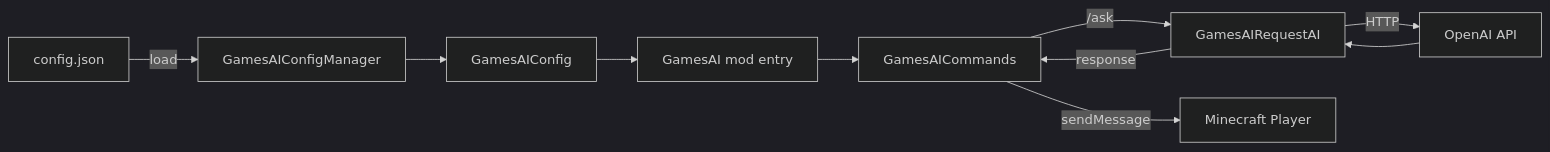
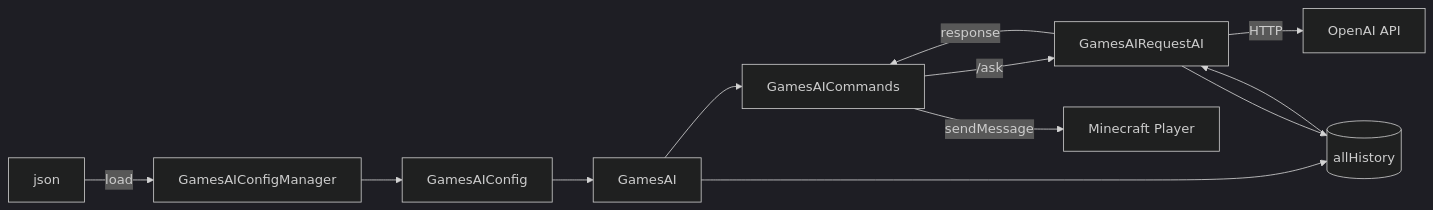
The diagram in README.md (PengZixuan30/GamesAI), drawn with Mermaid (dark theme) before and after one commit. The commit also changed other lines of this file and 8 other files, not shown here.

````diff
--- a/README.md
+++ b/README.md
@@ -129,12 +144,14 @@
 ```mermaid
 flowchart LR
-    Config[config.json] -->|load| Manager[GamesAIConfigManager]
-    Manager --> ConfigModel[GamesAIConfig]
-    ConfigModel --> Main[GamesAI mod entry]
-    Main --> Commands[GamesAICommands]
-    Commands -->|/ask| API[GamesAIRequestAI]
+    Config[json] -->|load| Manager[GamesAIConfigManager]
+    Manager --> Model[GamesAIConfig]
+    Model --> Main[GamesAI]
+    Main --> Cmd[GamesAICommands]
+    Cmd -->|/ask| API[GamesAIRequestAI]
     API -->|HTTP| OpenAI[OpenAI API]
-    OpenAI --> API
-    API -->|response| Commands
-    Commands -->|sendMessage| Player[Minecraft Player]
+    Main --> History[(allHistory)]
+    History --> API
+    API --> History
+    API -->|response| Cmd
+    Cmd -->|sendMessage| Player[Minecraft Player]
 ```
````
